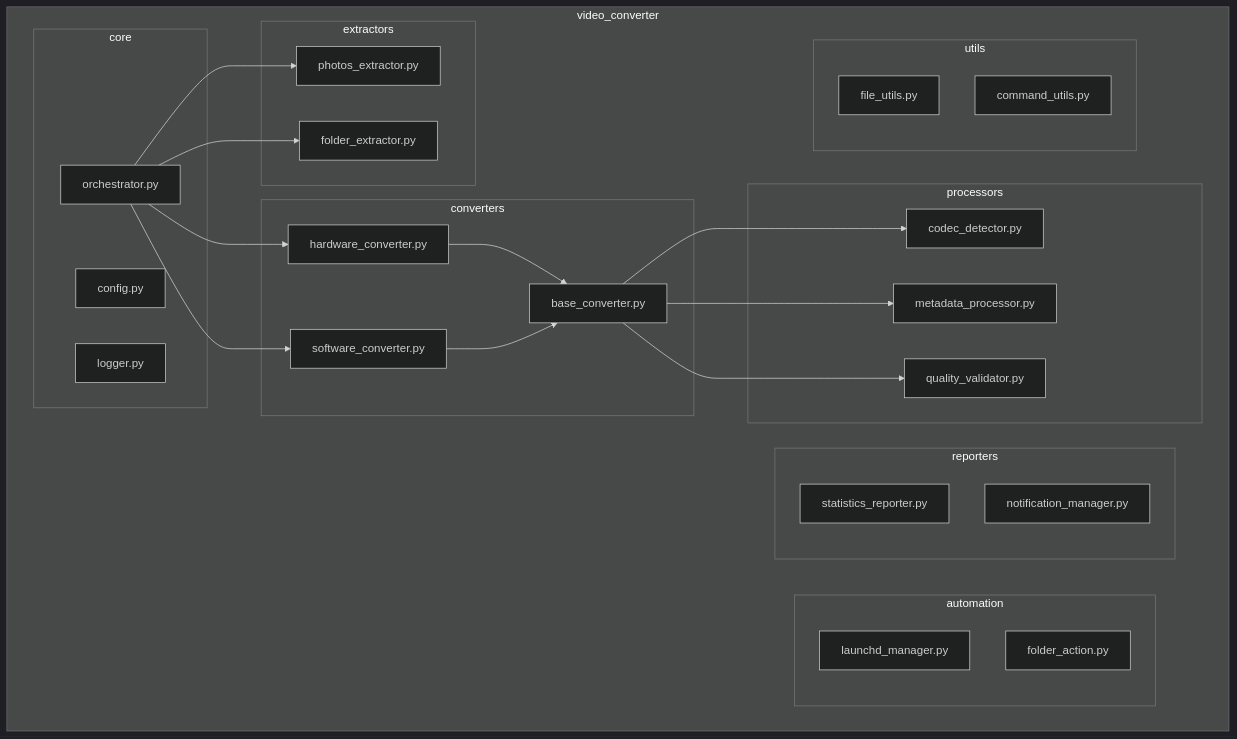
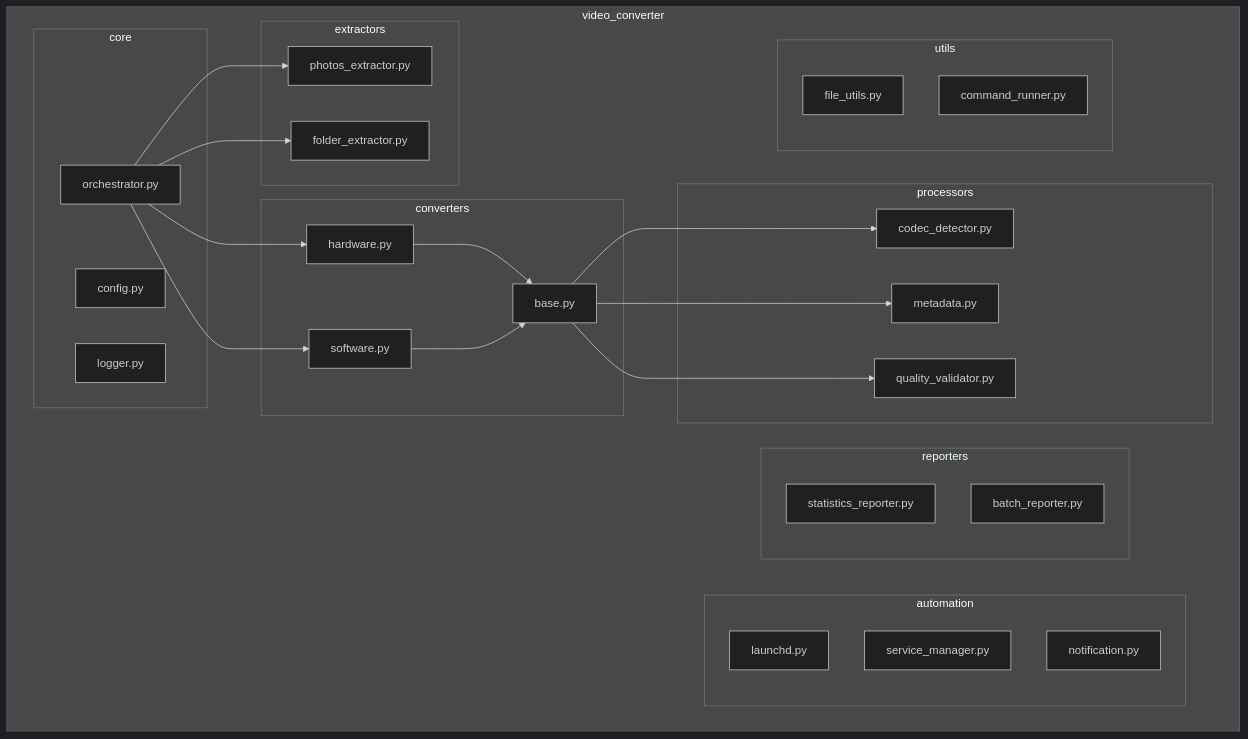
One commit to kcenon/video_converter changed the third of 8 diagrams in docs/architecture/01-system-architecture.ko.md. Above: the diagram before and after it, drawn with Mermaid (dark theme). The commit also changed other lines of this file, not shown here.

First line of the commit message:
docs(architecture): align file and class names with implementation (#198)

````diff
--- a/docs/architecture/01-system-architecture.ko.md
+++ b/docs/architecture/01-system-architecture.ko.md
@@ -133,52 +136,53 @@
 ```mermaid
 graph TB
     subgraph video_converter["video_converter"]
         subgraph core["core"]
             ORCH_MOD["orchestrator.py"]
             CONFIG_MOD["config.py"]
             LOGGER_MOD["logger.py"]
         end
 
         subgraph extractors["extractors"]
             PHOTOS_EXT["photos_extractor.py"]
             FOLDER_EXT["folder_extractor.py"]
         end
 
         subgraph converters["converters"]
-            HW_CONV["hardware_converter.py"]
-            SW_CONV["software_converter.py"]
-            CONV_BASE["base_converter.py"]
+            HW_CONV["hardware.py"]
+            SW_CONV["software.py"]
+            CONV_BASE["base.py"]
         end
 
         subgraph processors["processors"]
             CODEC_DET["codec_detector.py"]
-            META_PROC["metadata_processor.py"]
+            META_PROC["metadata.py"]
             QUALITY_VAL["quality_validator.py"]
         end
 
         subgraph automation["automation"]
-            LAUNCHD_MGR["launchd_manager.py"]
-            FOLDER_ACT["folder_action.py"]
+            LAUNCHD["launchd.py"]
+            SERVICE_MGR["service_manager.py"]
+            NOTIF["notification.py"]
         end
 
         subgraph reporters["reporters"]
             STATS_REP["statistics_reporter.py"]
-            NOTIF_MGR["notification_manager.py"]
+            BATCH_REP["batch_reporter.py"]
         end
 
         subgraph utils["utils"]
             FILE_UTIL["file_utils.py"]
-            CMD_UTIL["command_utils.py"]
+            CMD_RUNNER["command_runner.py"]
         end
     end
 
     ORCH_MOD --> PHOTOS_EXT
     ORCH_MOD --> FOLDER_EXT
     ORCH_MOD --> HW_CONV
     ORCH_MOD --> SW_CONV
     HW_CONV --> CONV_BASE
     SW_CONV --> CONV_BASE
     CONV_BASE --> CODEC_DET
     CONV_BASE --> META_PROC
     CONV_BASE --> QUALITY_VAL
 ```
````
